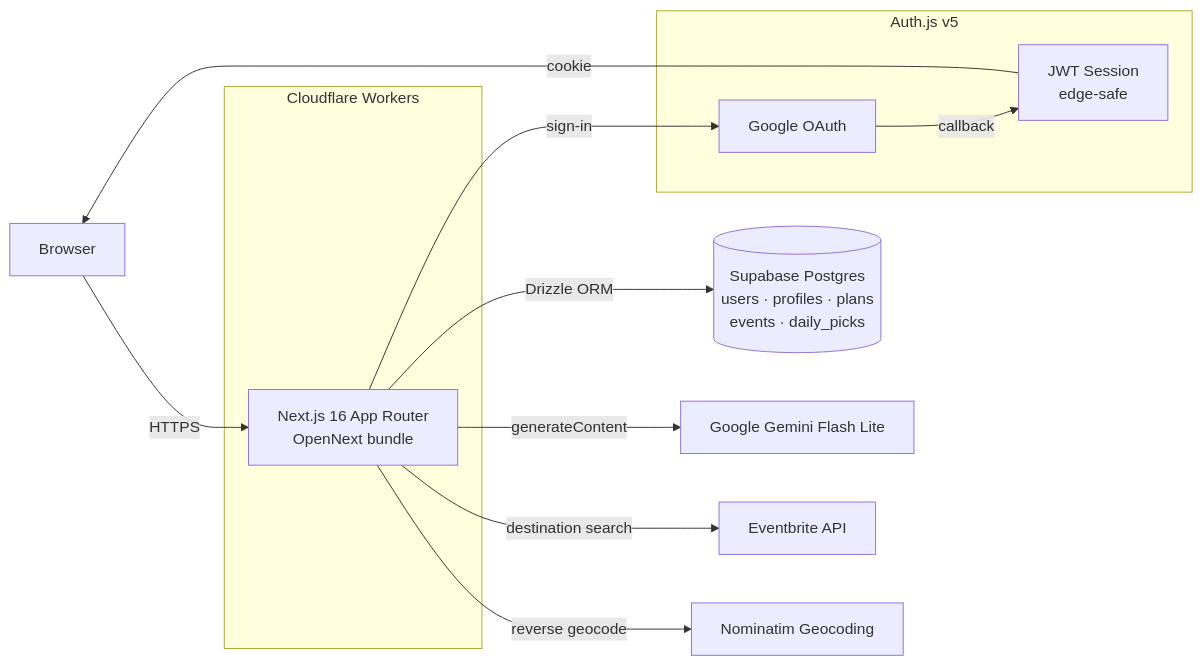
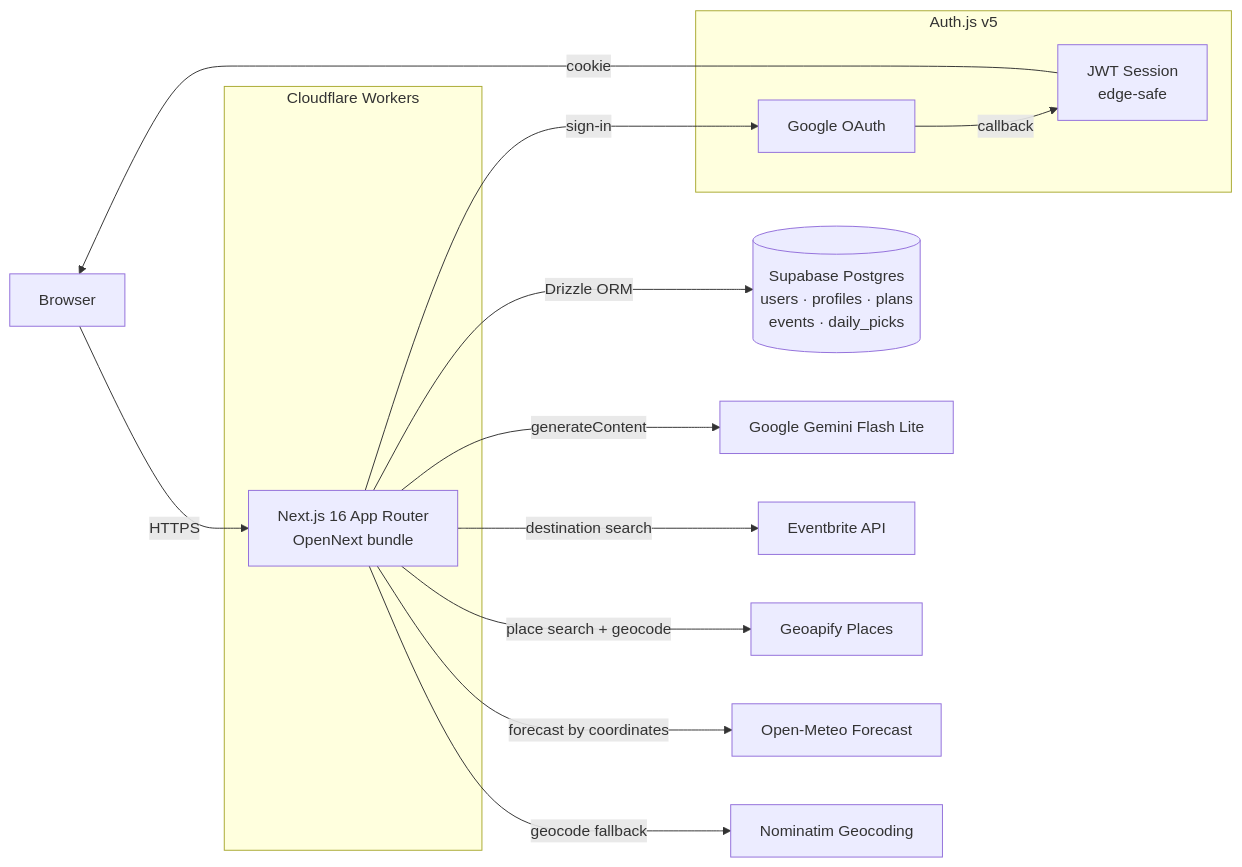
Before and after one commit to mikeylim/iEventer: the diagram in README.md, drawn with Mermaid. The commit also changed other lines of this file and 27 other files, not shown here.

````diff
--- a/README.md
+++ b/README.md
@@ -63,28 +65,32 @@
 ```mermaid
 flowchart LR
   Browser[Browser]
 
   subgraph CF[Cloudflare Workers]
     NextApp[Next.js 16 App Router<br/>OpenNext bundle]
   end
 
   subgraph Auth[Auth.js v5]
     Google[Google OAuth]
     JWT[JWT Session<br/>edge-safe]
   end
 
   Supabase[(Supabase Postgres<br/>users · profiles · plans<br/>events · daily_picks)]
   Gemini[Google Gemini Flash Lite]
   Eventbrite[Eventbrite API]
+  Geoapify[Geoapify Places]
+  Weather[Open-Meteo Forecast]
   Nominatim[Nominatim Geocoding]
 
   Browser -->|HTTPS| NextApp
   NextApp -->|"sign-in"| Google
   Google -->|callback| JWT
   JWT -->|cookie| Browser
 
   NextApp -->|Drizzle ORM| Supabase
   NextApp -->|generateContent| Gemini
   NextApp -->|destination search| Eventbrite
-  NextApp -->|reverse geocode| Nominatim
+  NextApp -->|place search + geocode| Geoapify
+  NextApp -->|forecast by coordinates| Weather
+  NextApp -->|geocode fallback| Nominatim
 ```
````
